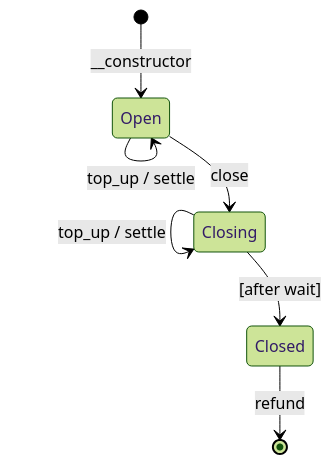
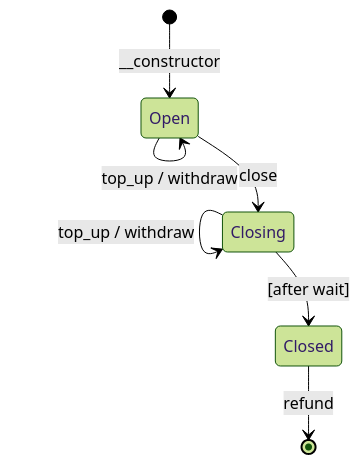
One commit to stellar-experimental/one-way-channel changed the diagram in README.md. Above: the diagram before and after it, drawn with Mermaid (forest theme). The commit also changed other lines of this file and 6 other files, not shown here.

Commit message:
rename `settle` to `withdraw`

````diff
--- a/README.md
+++ b/README.md
@@ -26,12 +26,12 @@
 ```mermaid
 stateDiagram-v2
     [*] --> Open: __constructor
 
-    Open --> Open: top_up / settle
+    Open --> Open: top_up / withdraw
     Open --> Closing: close
 
-    Closing --> Closing: top_up / settle
+    Closing --> Closing: top_up / withdraw
     Closing --> Closed: [after wait]
 
     Closed --> [*]: refund
 ```
````
